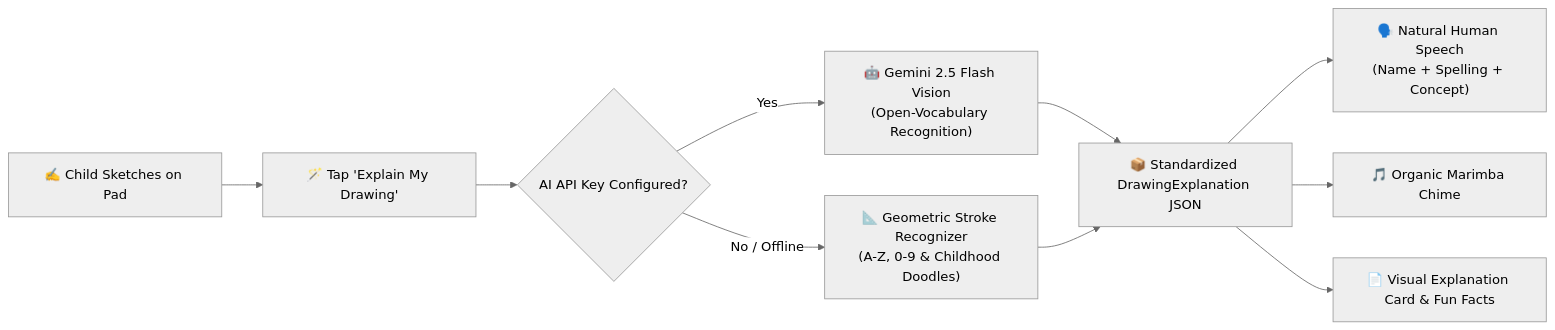
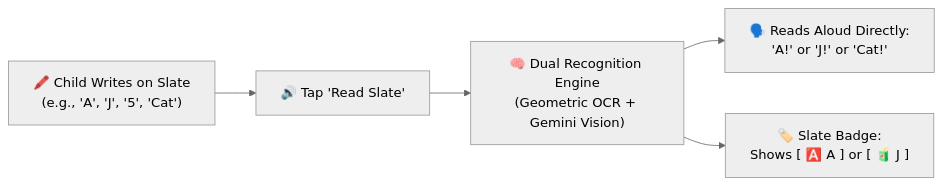
Before and after one commit to Jayantha1028/Interactive_sketch_board: the diagram in README.md, drawn with Mermaid (neutral theme). The commit also changed other lines of this file and 8 other files, not shown here.

````diff
--- a/README.md
+++ b/README.md
@@ -46,12 +14,7 @@
 ```mermaid
 flowchart LR
-    A["✍️ Child Sketches on Pad"] --> B["🪄 Tap 'Explain My Drawing'"]
-    B --> C{"AI API Key Configured?"}
-    C -- "Yes" --> D["🤖 Gemini 2.5 Flash Vision\n(Open-Vocabulary Recognition)"]
-    C -- "No / Offline" --> E["📐 Geometric Stroke Recognizer\n(A-Z, 0-9 & Childhood Doodles)"]
-    D --> F["📦 Standardized DrawingExplanation JSON"]
-    E --> F
-    F --> G["🗣️ Natural Human Speech\n(Name + Spelling + Concept)"]
-    F --> H["🎵 Organic Marimba Chime"]
-    F --> I["📄 Visual Explanation Card & Fun Facts"]
+    A["🖍️ Child Writes on Slate\n(e.g., 'A', 'J', '5', 'Cat')"] --> B["🔊 Tap 'Read Slate'"]
+    B --> C["🧠 Dual Recognition Engine\n(Geometric OCR + Gemini Vision)"]
+    C --> D["🗣️ Reads Aloud Directly:\n'A!' or 'J!' or 'Cat!'"]
+    C --> E["🏷️ Slate Badge:\nShows [ 🅰️ A ] or [ 🧃 J ]"]
 ```
````
